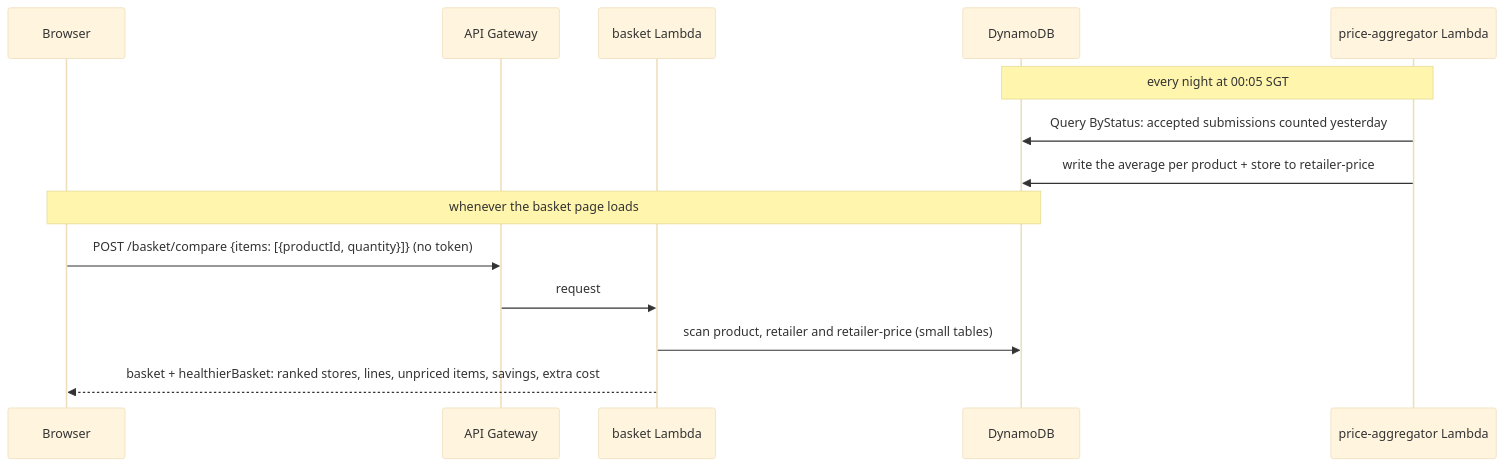
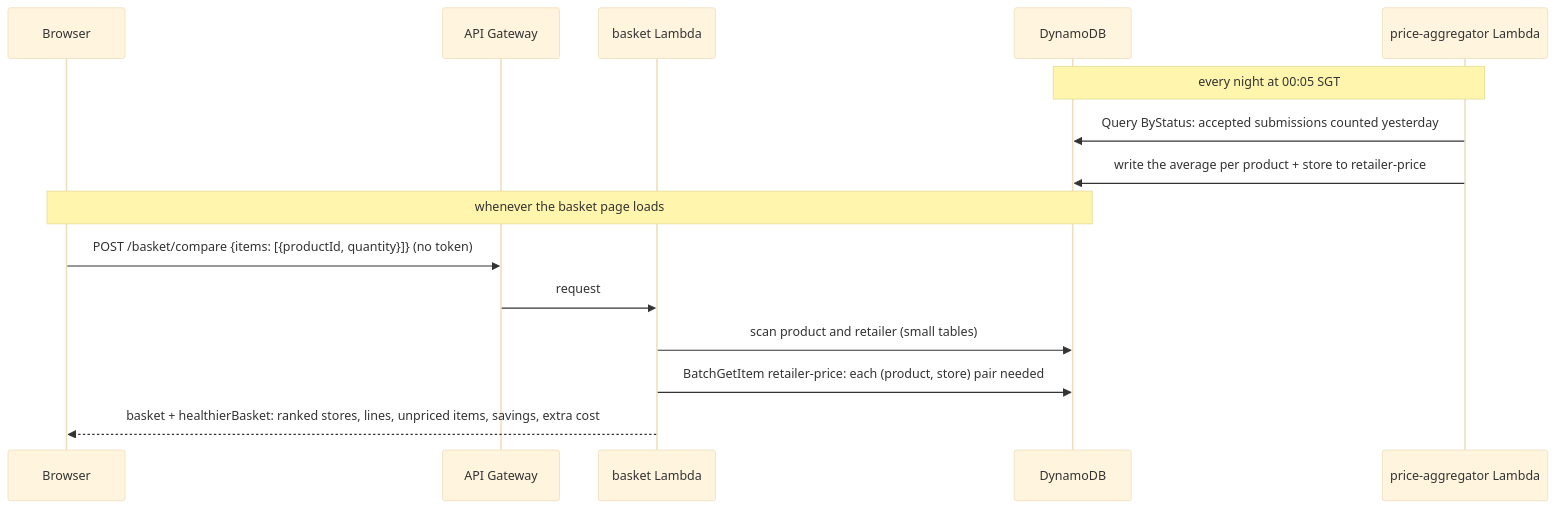
The sixth of 7 diagrams in docs/architecture/ARCHITECTURE.md (Gareth2-YS/TrolleySaver), drawn with Mermaid (base theme) before and after one commit. The commit also changed other lines of this file and 8 other files, not shown here.

````diff
--- a/docs/architecture/ARCHITECTURE.md
+++ b/docs/architecture/ARCHITECTURE.md
@@ -207,16 +207,17 @@
 ```mermaid
 sequenceDiagram
     participant B as Browser
     participant A as API Gateway
     participant L as basket Lambda
     participant D as DynamoDB
     participant J as price-aggregator Lambda
     Note over J,D: every night at 00:05 SGT
     J->>D: Query ByStatus: accepted submissions counted yesterday
     J->>D: write the average per product + store to retailer-price
     Note over B,D: whenever the basket page loads
     B->>A: POST /basket/compare {items: [{productId, quantity}]} (no token)
     A->>L: request
-    L->>D: scan product, retailer and retailer-price (small tables)
+    L->>D: scan product and retailer (small tables)
+    L->>D: BatchGetItem retailer-price: each (product, store) pair needed
     L-->>B: basket + healthierBasket: ranked stores, lines, unpriced items, savings, extra cost
 ```
````
